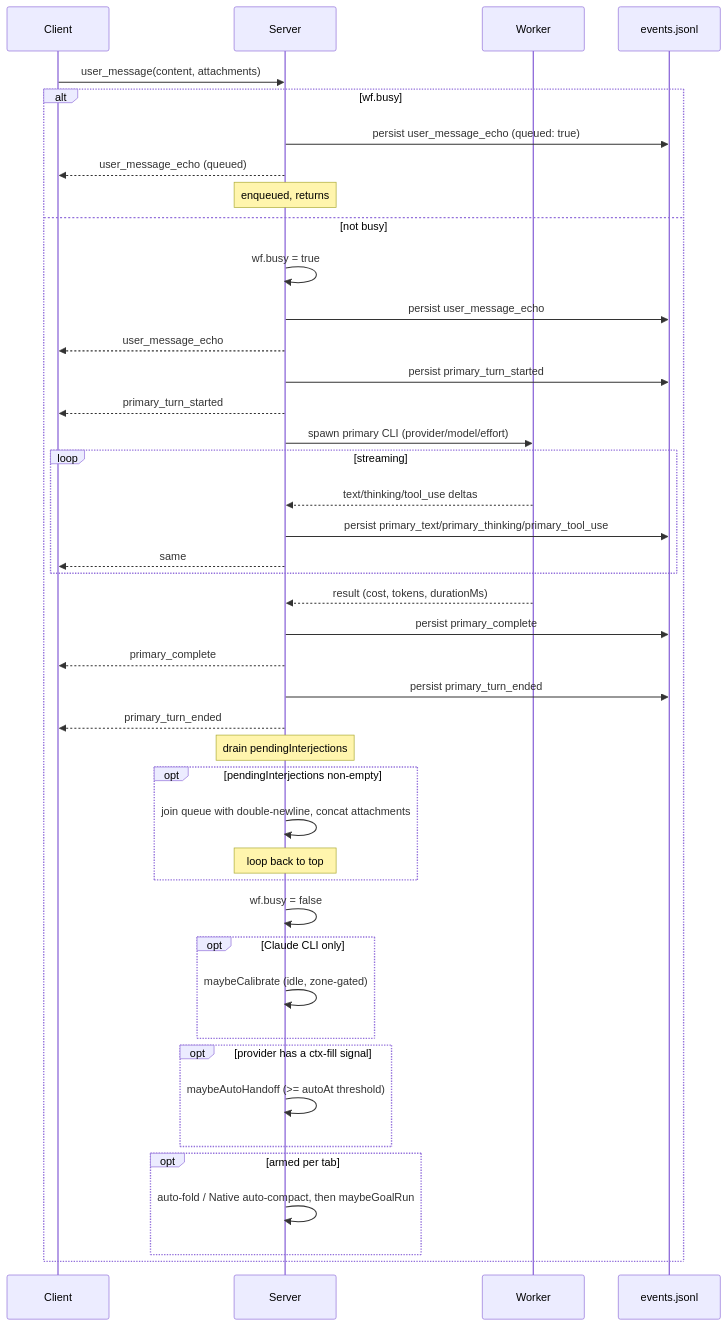
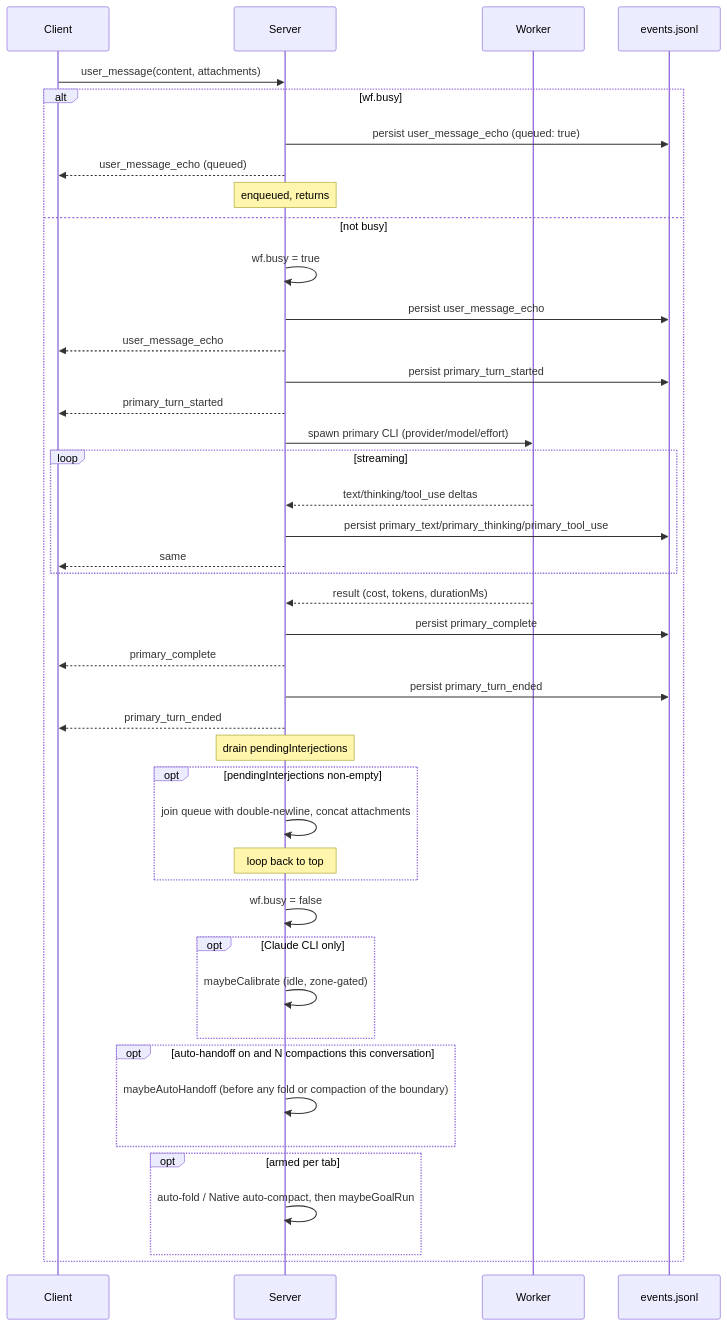
One commit to ghreprimand/arco changed the second of 2 diagrams in docs/ARCHITECTURE.md. Above: the diagram before and after it, drawn with Mermaid. The commit also changed other lines of this file and 57 other files, not shown here.

````diff
--- a/docs/ARCHITECTURE.md
+++ b/docs/ARCHITECTURE.md
@@ -345,46 +345,46 @@
 ```mermaid
 sequenceDiagram
     participant C as Client
     participant S as Server
     participant W as Worker
     participant D as events.jsonl
 
     C->>S: user_message(content, attachments)
     alt wf.busy
         S->>D: persist user_message_echo (queued: true)
         S-->>C: user_message_echo (queued)
         Note over S: enqueued, returns
     else not busy
         S->>S: wf.busy = true
         S->>D: persist user_message_echo
         S-->>C: user_message_echo
         S->>D: persist primary_turn_started
         S-->>C: primary_turn_started
         S->>W: spawn primary CLI (provider/model/effort)
         loop streaming
           W-->>S: text/thinking/tool_use deltas
           S->>D: persist primary_text/primary_thinking/primary_tool_use
           S-->>C: same
         end
         W-->>S: result (cost, tokens, durationMs)
         S->>D: persist primary_complete
         S-->>C: primary_complete
         S->>D: persist primary_turn_ended
         S-->>C: primary_turn_ended
         Note over S: drain pendingInterjections
         opt pendingInterjections non-empty
             S->>S: join queue with double-newline, concat attachments
             Note over S: loop back to top
         end
         S->>S: wf.busy = false
         opt Claude CLI only
             S->>S: maybeCalibrate (idle, zone-gated)
         end
-        opt provider has a ctx-fill signal
-            S->>S: maybeAutoHandoff (>= autoAt threshold)
+        opt auto-handoff on and N compactions this conversation
+            S->>S: maybeAutoHandoff (before any fold or compaction of the boundary)
         end
         opt armed per tab
             S->>S: auto-fold / Native auto-compact, then maybeGoalRun
         end
     end
 ```
````
